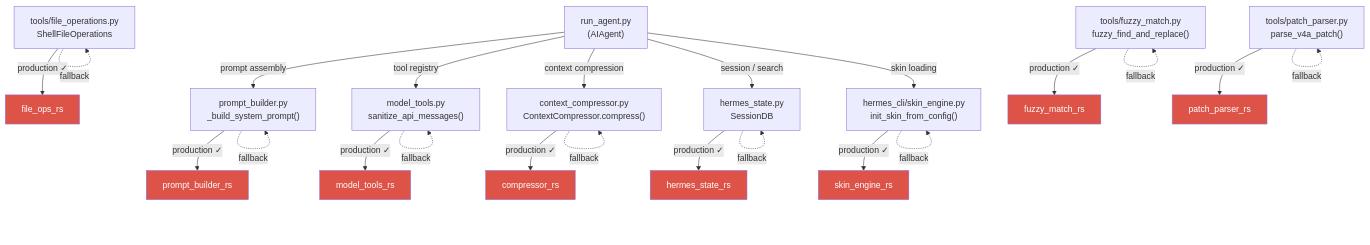
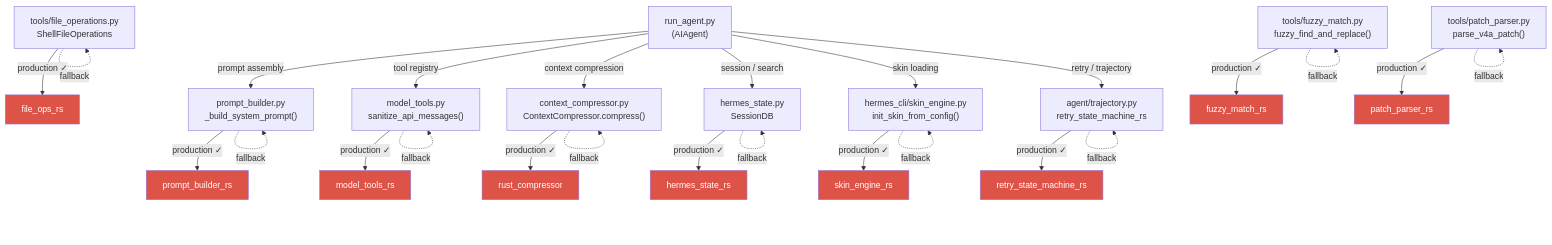
The diagram in README.md (agent-bob-the-builder/hermes-agent-ferris-fork), drawn with Mermaid before and after one commit. The commit also changed other lines of this file and 1 other file, not shown here.

First line of the commit message:
Update README and install.sh for 15 Rust crates

````diff
--- a/README.md
+++ b/README.md
@@ -53,60 +63,67 @@
 ```mermaid
 graph TD
     RA["run_agent.py<br/>(AIAgent)"]
     PCP["prompt_builder.py<br/>_build_system_prompt()"]
     CCP["context_compressor.py<br/>ContextCompressor.compress()"]
     MTP["model_tools.py<br/>sanitize_api_messages()"]
     SST["hermes_state.py<br/>SessionDB"]
     SHE["hermes_cli/skin_engine.py<br/>init_skin_from_config()"]
     FOP["tools/file_operations.py<br/>ShellFileOperations"]
     FUZ["tools/fuzzy_match.py<br/>fuzzy_find_and_replace()"]
     PAT["tools/patch_parser.py<br/>parse_v4a_patch()"]
+    RET["agent/trajectory.py<br/>retry_state_machine_rs"]
 
     PB_RS["prompt_builder_rs"]
-    CO_RS["compressor_rs"]
+    CO_RS["rust_compressor"]
     MT_RS["model_tools_rs"]
     HS_RS["hermes_state_rs"]
     SK_RS["skin_engine_rs"]
     FO_RS["file_ops_rs"]
     FM_RS["fuzzy_match_rs"]
     PP_RS["patch_parser_rs"]
+    RT_RS["retry_state_machine_rs"]
 
     RA -->|"prompt assembly"| PCP
     RA -->|"tool registry"| MTP
     RA -->|"context compression"| CCP
     RA -->|"session / search"| SST
     RA -->|"skin loading"| SHE
+    RA -->|"retry / trajectory"| RET
 
     PCP -->|"production ✓"| PB_RS
     PCP -.->|"fallback"| PCP
 
     CCP -->|"production ✓"| CO_RS
     CCP -.->|"fallback"| CCP
 
     MTP -->|"production ✓"| MT_RS
     MTP -.->|"fallback"| MTP
 
     SST -->|"production ✓"| HS_RS
     SST -.->|"fallback"| SST
 
     SHE -->|"production ✓"| SK_RS
     SHE -.->|"fallback"| SHE
 
     FOP -->|"production ✓"| FO_RS
     FOP -.->|"fallback"| FOP
 
     FUZ -->|"production ✓"| FM_RS
     FUZ -.->|"fallback"| FUZ
 
     PAT -->|"production ✓"| PP_RS
     PAT -.->|"fallback"| PAT
 
+    RET -->|"production ✓"| RT_RS
+    RET -.->|"fallback"| RET
+
     style PB_RS fill:#de5347,color:#fff
     style CO_RS fill:#de5347,color:#fff
     style MT_RS fill:#de5347,color:#fff
     style HS_RS fill:#de5347,color:#fff
     style SK_RS fill:#de5347,color:#fff
     style FO_RS fill:#de5347,color:#fff
     style FM_RS fill:#de5347,color:#fff
     style PP_RS fill:#de5347,color:#fff
+    style RT_RS fill:#de5347,color:#fff
 ```
````
